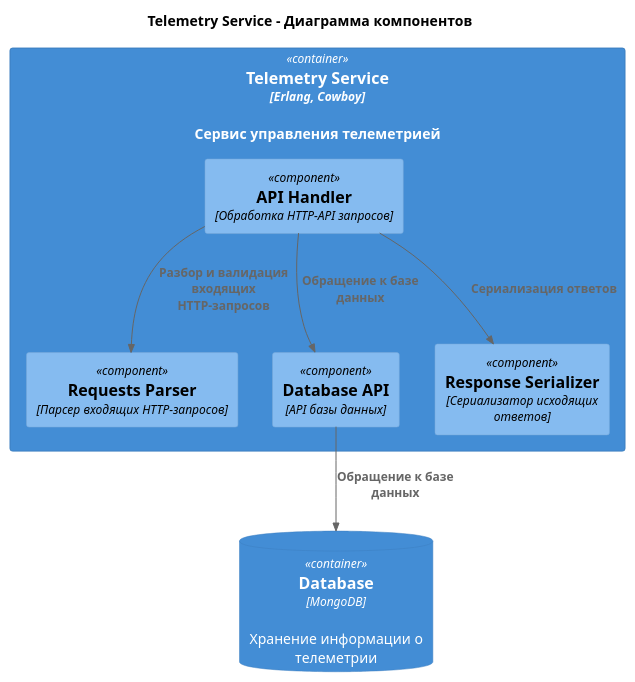
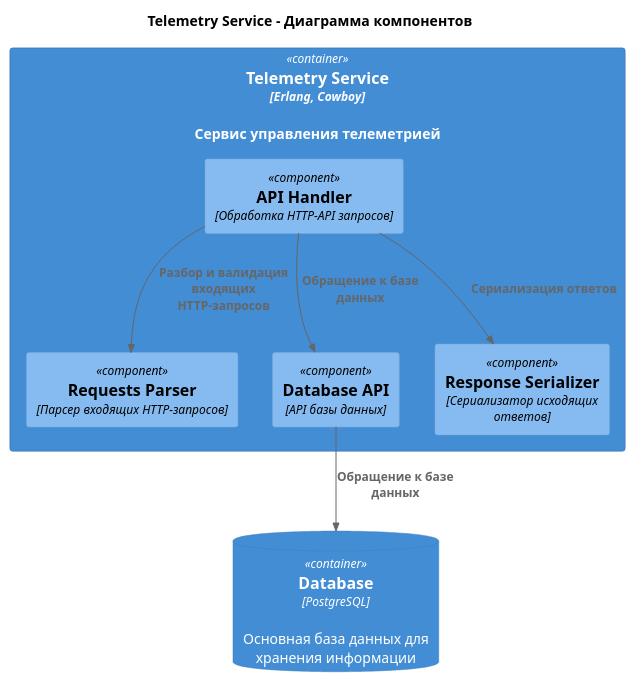
One commit to snakeduse/architecture-sprint-3 changed the diagram in diagrams/TelemetryServiceComponent.puml. Above: the diagram before and after it, drawn with PlantUML. The commit also changed 3 other files, not shown here.

Commit message:
docs: Обновил БД на диаграммах компонентов

```diff
--- a/diagrams/TelemetryServiceComponent.puml
+++ b/diagrams/TelemetryServiceComponent.puml
@@ -1,22 +1,22 @@
 @startuml
 title Telemetry Service - Диаграмма компонентов
 
 top to bottom direction
 
 !include ./c4_source/C4_Component.puml
 
 Container(telemetry_service, "Telemetry Service", "Erlang, Cowboy", "Сервис управления телеметрией") {
   Component(api_handler, "API Handler", "Обработка HTTP-API запросов")
   Component(requests_parser, "Requests Parser", "Парсер входящих HTTP-запросов")
   Component(db_layer, "Database API", "API базы данных")
   Component(response_serializer, "Response Serializer", "Сериализатор исходящих ответов")
 }
 
-ContainerDb(db, "Database", "MongoDB", "Хранение информации о телеметрии")
+ContainerDb(db, "Database", "PostgreSQL", "Основная база данных для хранения информации")
 
 Rel(api_handler, requests_parser, "Разбор и валидация входящих HTTP-запросов")
 Rel(api_handler, db_layer, "Обращение к базе данных")
 Rel(api_handler, response_serializer, "Сериализация ответов")
 Rel(db_layer, db, "Обращение к базе данных")
 
 @enduml
```
